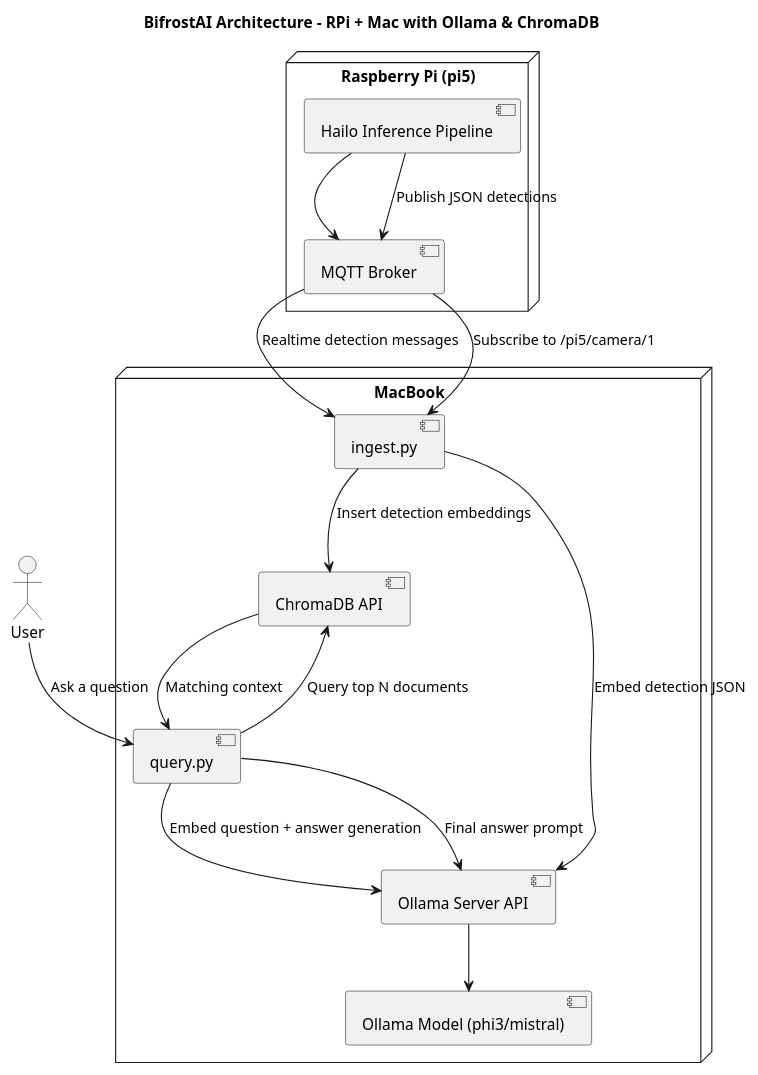
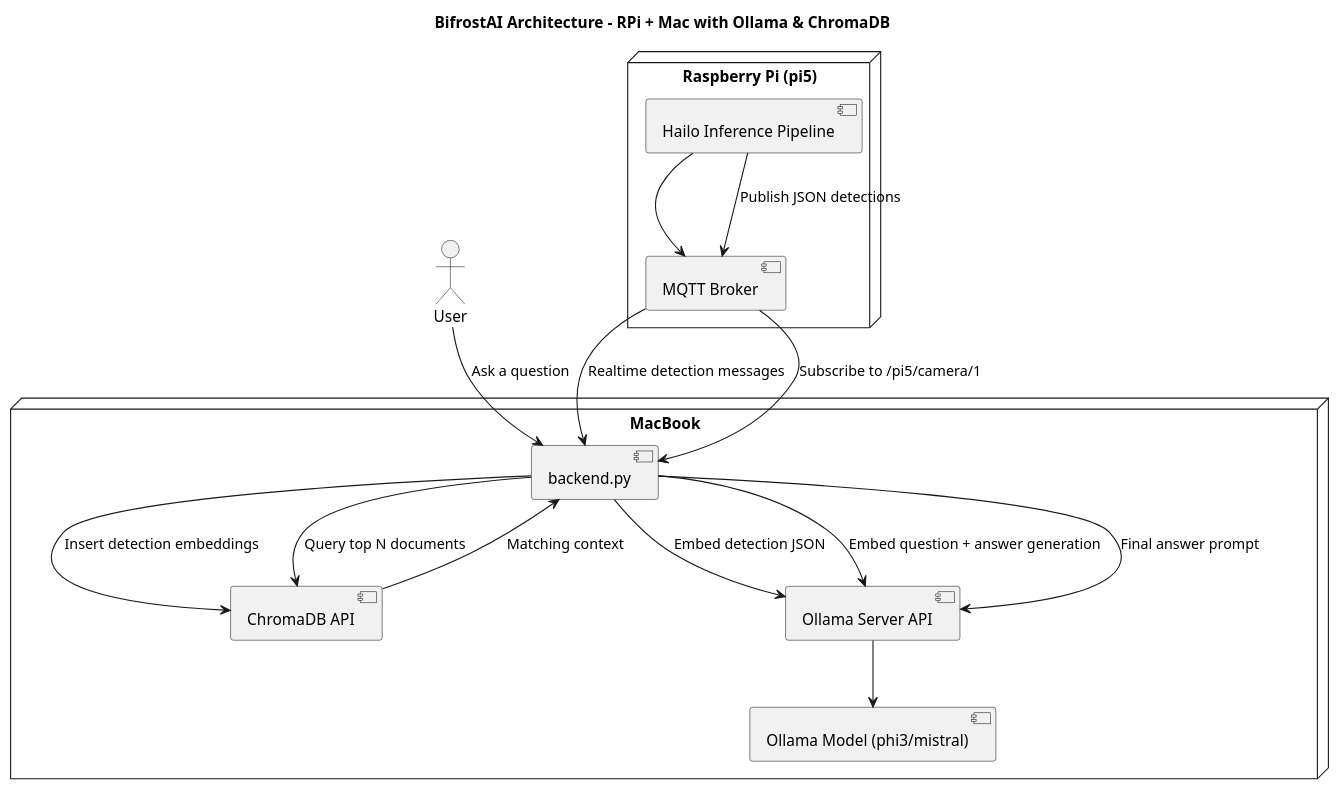
One commit to krisunni/BifrostAI changed the diagram in flow.puml. Above: the diagram before and after it, drawn with PlantUML. The commit also changed 4388 other files, not shown here.

```diff
--- a/flow.puml
+++ b/flow.puml
@@ -1,31 +1,31 @@
 @startuml
 title BifrostAI Architecture - RPi + Mac with Ollama & ChromaDB
 
 ' Raspberry Pi
 node "Raspberry Pi (pi5)" {
   [Hailo Inference Pipeline] --> [MQTT Broker]
 }
 
 ' MacBook node
 node "MacBook" {
 
-  [ingest.py] --> [ChromaDB API] : Insert detection embeddings
-  [ingest.py] --> [Ollama Server API] : Embed detection JSON
-  [ingest.py] <-- [MQTT Broker] : Subscribe to /pi5/camera/1
+  [backend.py] --> [ChromaDB API] : Insert detection embeddings
+  [backend.py] --> [Ollama Server API] : Embed detection JSON
+  [backend.py] <-- [MQTT Broker] : Subscribe to /pi5/camera/1
 
-  [query.py] --> [ChromaDB API] : Query top N documents
-  [query.py] --> [Ollama Server API] : Embed question + answer generation
+  [backend.py] --> [ChromaDB API] : Query top N documents
+  [backend.py] --> [Ollama Server API] : Embed question + answer generation
   [Ollama Server API] --> [Ollama Model (phi3/mistral)]
 }
 
 actor User
-User --> [query.py] : Ask a question
+User --> [backend.py] : Ask a question
 
 ' Flow
 [Hailo Inference Pipeline] --> [MQTT Broker] : Publish JSON detections
-[MQTT Broker] --> [ingest.py] : Realtime detection messages
+[MQTT Broker] --> [backend.py] : Realtime detection messages
 
-[ChromaDB API] --> [query.py] : Matching context
-[query.py] --> [Ollama Server API] : Final answer prompt
+[ChromaDB API] --> [backend.py] : Matching context
+[backend.py] --> [Ollama Server API] : Final answer prompt
 
 @enduml
```
